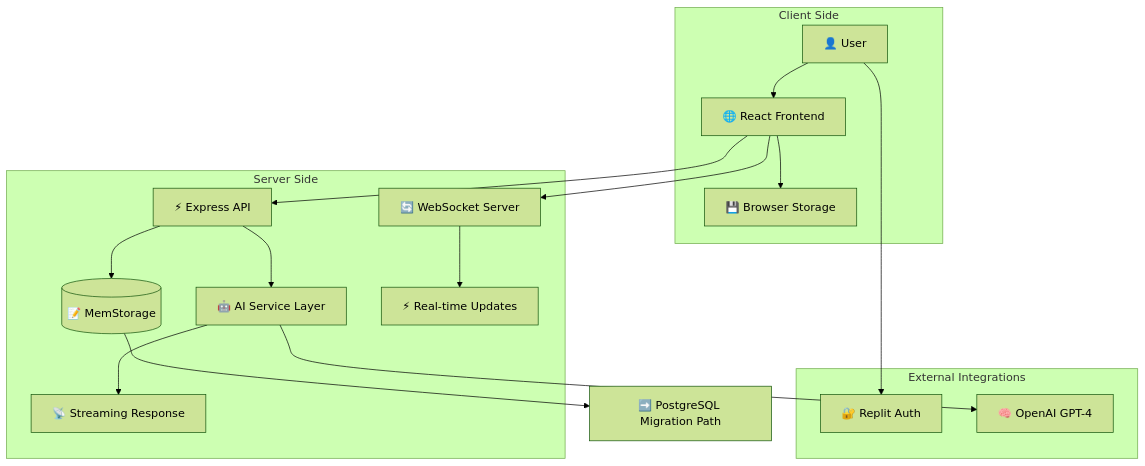
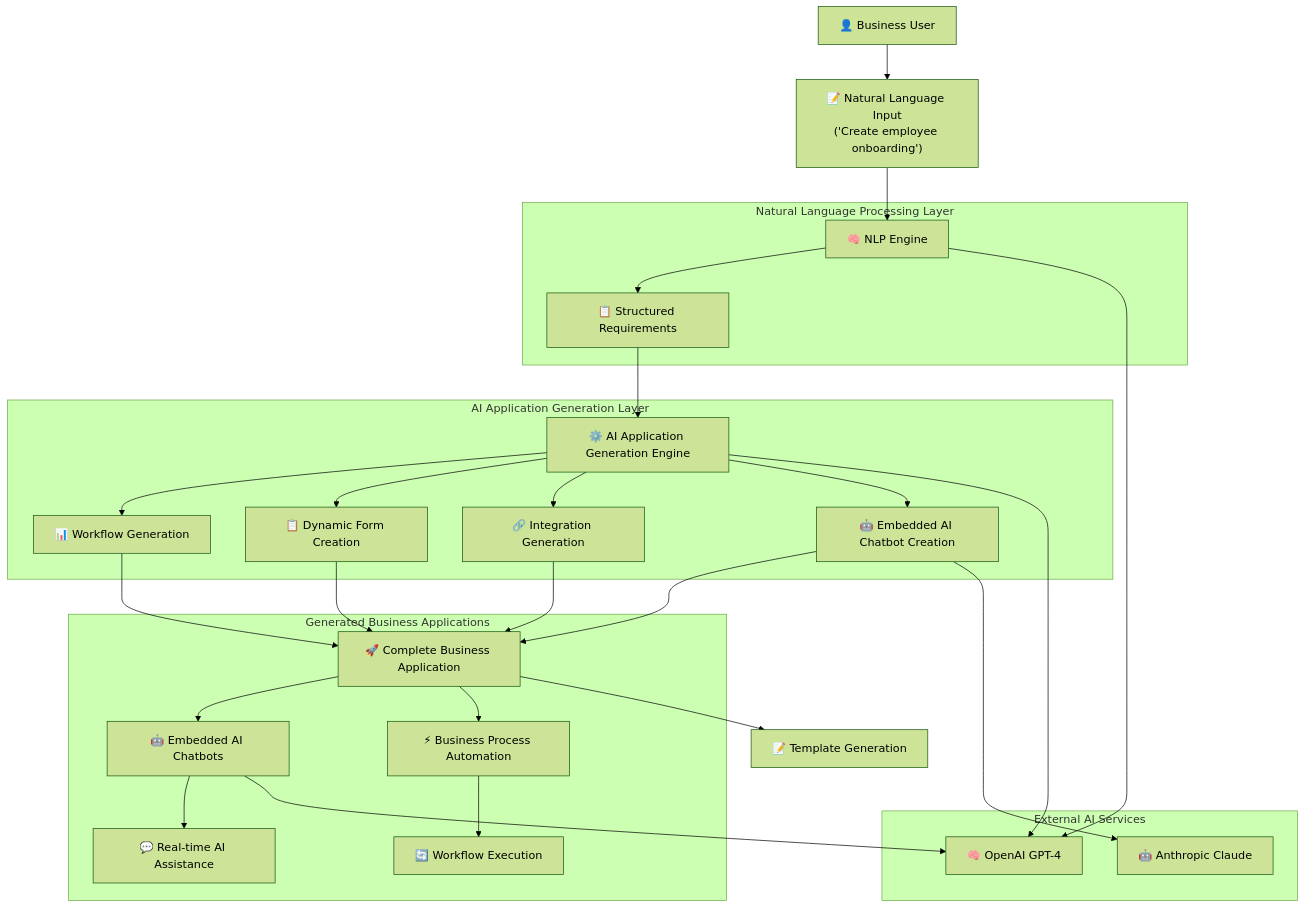
The first of 6 diagrams in docs/architecture.md (BradleyFestraets/Natural-Language-Business-Application-Generator), drawn with Mermaid (forest theme) before and after one commit. The commit also changed other lines of this file and 2 other files, not shown here.

First line of the commit message:
Update platform to generate business applications from natural language

````diff
--- a/docs/architecture.md
+++ b/docs/architecture.md
@@ -56,39 +59,56 @@
 ```mermaid
 graph TB
-    User[👤 User] --> Auth[🔐 Replit Auth]
-    User --> Frontend[🌐 React Frontend]
+    User[👤 Business User] --> NLInput["📝 Natural Language Input<br/>('Create employee onboarding')"]
     
-    Frontend --> API[⚡ Express API]
-    Frontend --> WebSocket[🔄 WebSocket Server]
-    Frontend --> Storage[💾 Browser Storage]
+    NLInput --> NLPEngine[🧠 NLP Engine]
+    NLPEngine --> Requirements[📋 Structured Requirements]
     
-    API --> MemStore[(📝 MemStorage)]
-    API --> AI[🤖 AI Service Layer]
+    Requirements --> AppGenEngine[⚙️ AI Application Generation Engine]
+    AppGenEngine --> WorkflowGen[📊 Workflow Generation]
+    AppGenEngine --> FormGen[📋 Dynamic Form Creation]
+    AppGenEngine --> IntegrationGen[🔗 Integration Generation]
+    AppGenEngine --> ChatbotGen[🤖 Embedded AI Chatbot Creation]
     
-    AI --> OpenAI[🧠 OpenAI GPT-4]
-    AI --> Streaming[📡 Streaming Response]
+    WorkflowGen --> CompleteBizApp[🚀 Complete Business Application]
+    FormGen --> CompleteBizApp
+    IntegrationGen --> CompleteBizApp
+    ChatbotGen --> CompleteBizApp
     
-    WebSocket --> RealTime[⚡ Real-time Updates]
+    CompleteBizApp --> EmbeddedAI[🤖 Embedded AI Chatbots]
+    CompleteBizApp --> ProcessEngine[⚡ Business Process Automation]
+    CompleteBizApp --> TemplateGen[📝 Template Generation]
     
-    MemStore --> Migration[➡️ PostgreSQL Migration Path]
+    EmbeddedAI --> RealTimeAssist[💬 Real-time AI Assistance]
+    ProcessEngine --> WorkflowExecution[🔄 Workflow Execution]
     
-    subgraph "External Integrations"
-        Auth
-        OpenAI
+    subgraph "Natural Language Processing Layer"
+        NLPEngine
+        Requirements
     end
     
-    subgraph "Client Side"
-        User
-        Frontend
-        Storage
+    subgraph "AI Application Generation Layer"
+        AppGenEngine
+        WorkflowGen
+        FormGen
+        IntegrationGen
+        ChatbotGen
     end
     
-    subgraph "Server Side"
-        API
-        WebSocket
-        MemStore
-        AI
-        Streaming
-        RealTime
+    subgraph "Generated Business Applications"
+        CompleteBizApp
+        EmbeddedAI
+        ProcessEngine
+        RealTimeAssist
+        WorkflowExecution
     end
+    
+    subgraph "External AI Services"
+        OpenAI[🧠 OpenAI GPT-4]
+        Claude[🤖 Anthropic Claude]
+    end
+    
+    NLPEngine --> OpenAI
+    AppGenEngine --> OpenAI
+    EmbeddedAI --> OpenAI
+    ChatbotGen --> Claude
 ```
````
